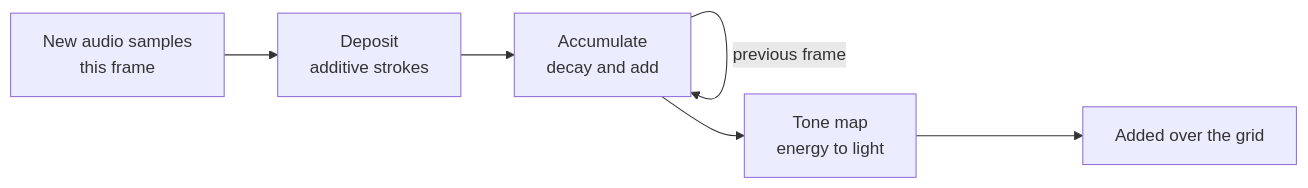
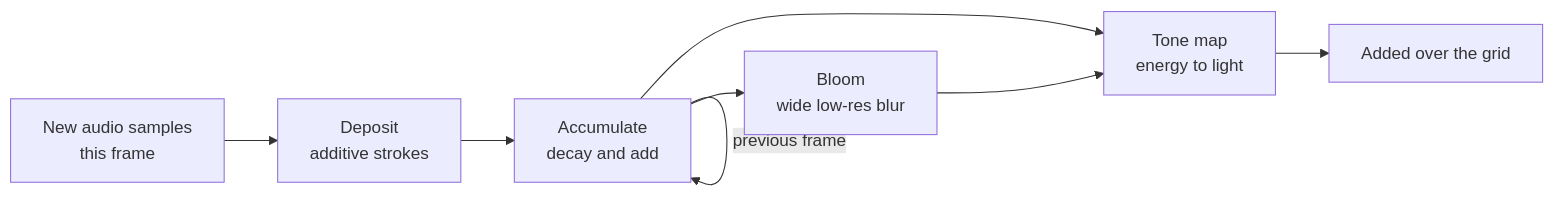
Before and after one commit to le10726433/phosphor: the second of 2 diagrams in README.md, drawn with Mermaid. The commit also changed other lines of this file and 224 other files, not shown here.

````diff
--- a/README.md
+++ b/README.md
@@ -386,8 +416,10 @@
 ```mermaid
 flowchart LR
     A[New audio samples<br/>this frame] --> B[Deposit<br/>additive strokes]
     B --> C[Accumulate<br/>decay and add]
     C -->|previous frame| C
+    C --> F[Bloom<br/>wide low-res blur]
     C --> D[Tone map<br/>energy to light]
+    F --> D
     D --> E[Added over the grid]
 ```
````
